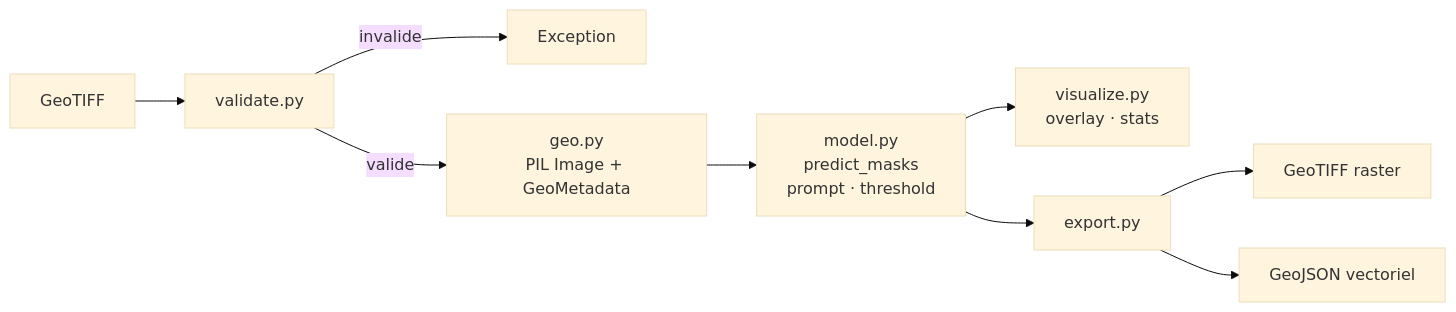
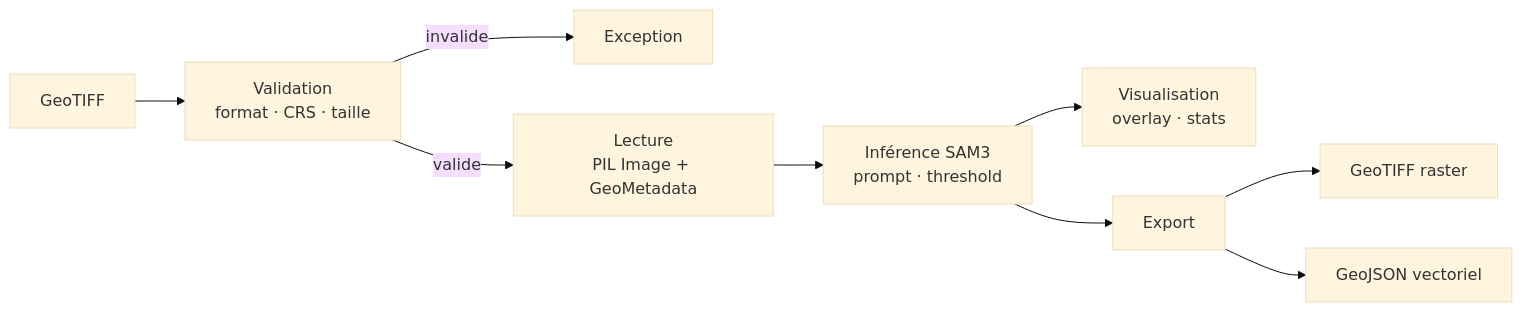
The first of 3 diagrams in README.md (DIGIT-Seine-Ouest/geo-sam3-lab), drawn with Mermaid (base theme) before and after one commit. The commit also changed other lines of this file and 16 other files, not shown here.

````diff
--- a/README.md
+++ b/README.md
@@ -51,11 +12,11 @@
 ```mermaid
 flowchart LR
-    IN[GeoTIFF] --> V[validate.py]
+    IN[GeoTIFF] --> V[Validation\nformat · CRS · taille]
     V -->|invalide| ERR[Exception]
-    V -->|valide| G[geo.py\nPIL Image + GeoMetadata]
-    G --> M[model.py\npredict_masks\nprompt · threshold]
-    M --> VIZ[visualize.py\noverlay · stats]
-    M --> EXP[export.py]
+    V -->|valide| G[Lecture\nPIL Image + GeoMetadata]
+    G --> M[Inférence SAM3\nprompt · threshold]
+    M --> VIZ[Visualisation\noverlay · stats]
+    M --> EXP[Export]
     EXP --> R[GeoTIFF raster]
     EXP --> J[GeoJSON vectoriel]
 ```
````
